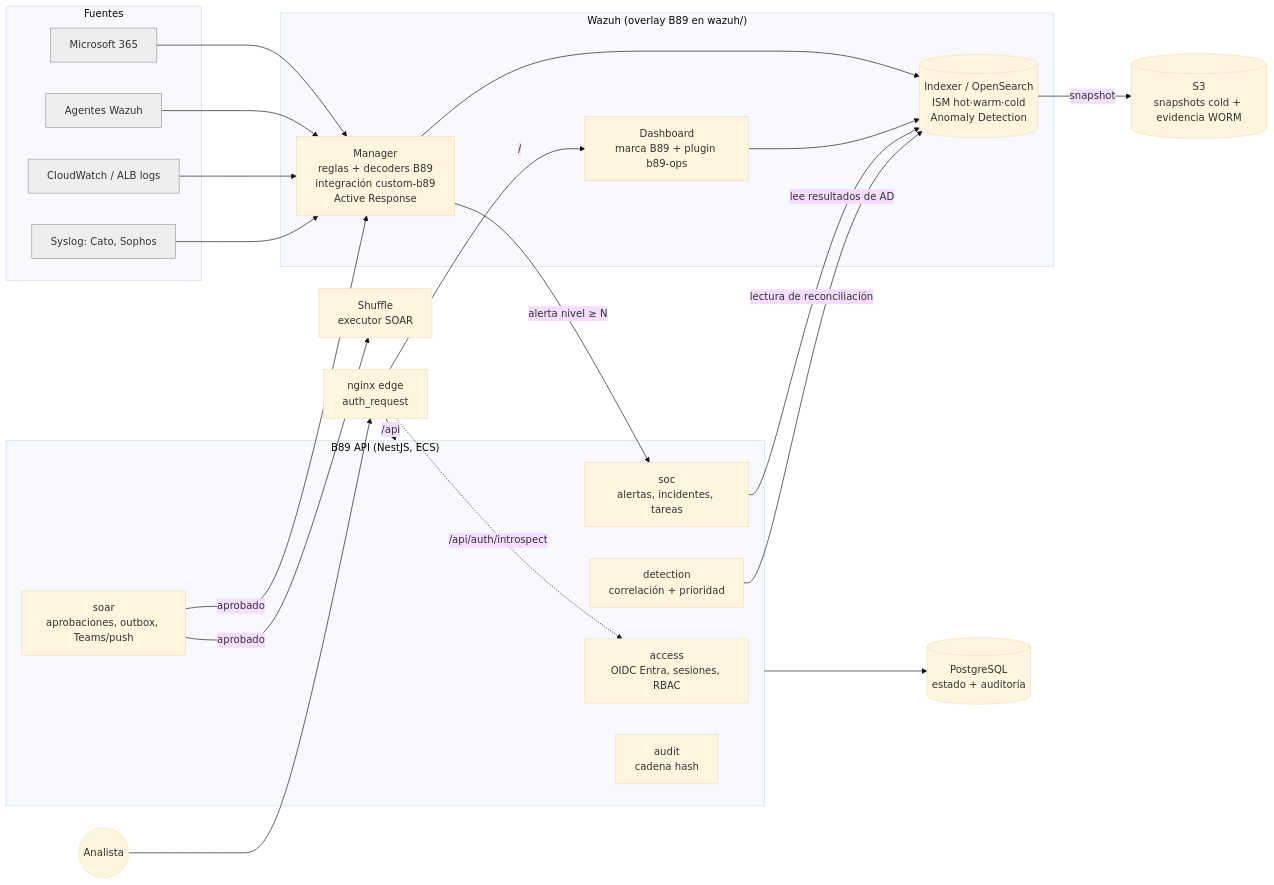
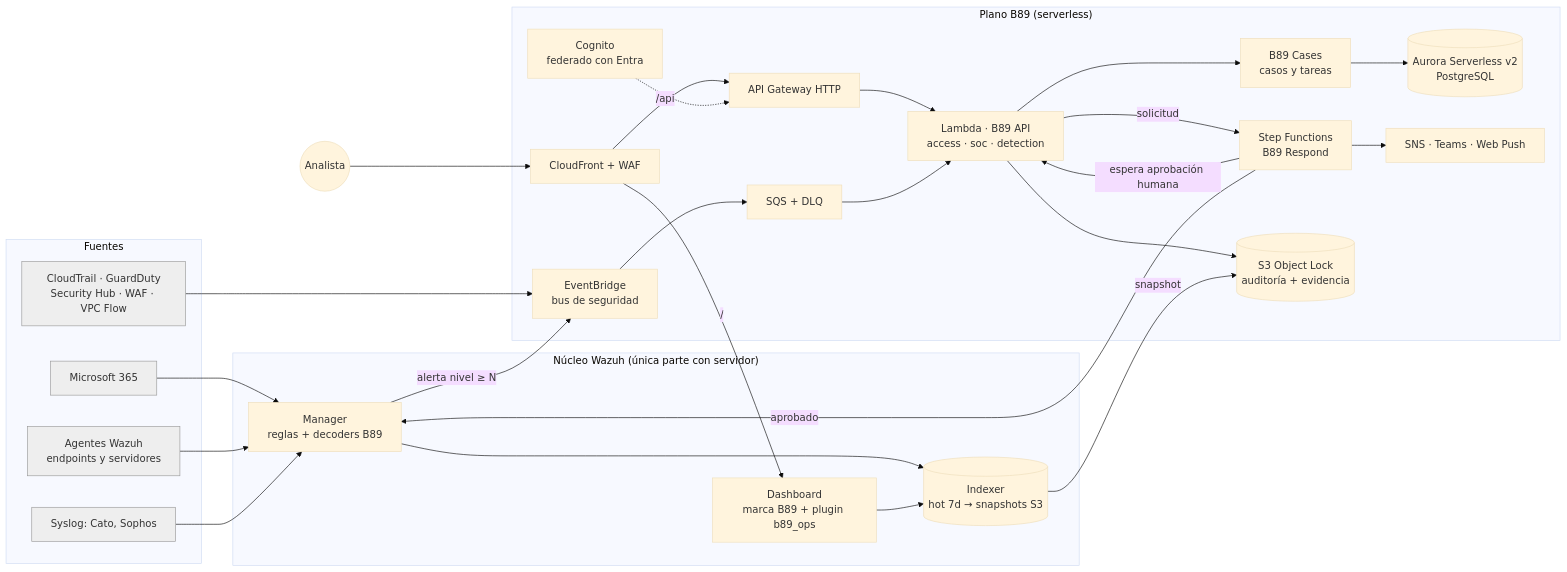
One commit to CyberStill-GmbH/b89-secops changed the diagram in docs/02-arquitectura.md. Above: the diagram before and after it, drawn with Mermaid (base theme). The commit also changed other lines of this file and 33 other files, not shown here.

````diff
--- a/docs/02-arquitectura.md
+++ b/docs/02-arquitectura.md
@@ -8,39 +29,44 @@
 ```mermaid
 flowchart LR
   subgraph Fuentes
     M365[Microsoft 365]:::src
-    AG[Agentes Wazuh]:::src
-    AWS[CloudWatch / ALB logs]:::src
+    AG[Agentes Wazuh<br/>endpoints y servidores]:::src
+    AWSL[CloudTrail · GuardDuty<br/>Security Hub · WAF · VPC Flow]:::src
     SYS[Syslog: Cato, Sophos]:::src
   end
-  subgraph Wazuh["Wazuh (overlay B89 en wazuh/)"]
-    MGR[Manager<br/>reglas + decoders B89<br/>integración custom-b89<br/>Active Response]
-    IDX[(Indexer / OpenSearch<br/>ISM hot·warm·cold<br/>Anomaly Detection)]
-    DSB[Dashboard<br/>marca B89 + plugin b89-ops]
+  subgraph Core["Núcleo Wazuh (única parte con servidor)"]
+    MGR[Manager<br/>reglas + decoders B89]
+    IDX[(Indexer<br/>hot 7d → snapshots S3)]
+    DSB[Dashboard<br/>marca B89 + plugin b89_ops]
   end
-  subgraph B89["B89 API (NestJS, ECS)"]
-    ACC[access<br/>OIDC Entra, sesiones, RBAC]
-    SOC[soc<br/>alertas, incidentes, tareas]
-    DET[detection<br/>correlación + prioridad]
-    SOAR[soar<br/>aprobaciones, outbox, Teams/push]
-    AUD[audit<br/>cadena hash]
+  subgraph Serverless["Plano B89 (serverless)"]
+    CF[CloudFront + WAF]
+    COG[Cognito<br/>federado con Entra]
+    APIGW[API Gateway HTTP]
+    API[Lambda · B89 API<br/>access · soc · detection]
+    EB[EventBridge<br/>bus de seguridad]
+    SQS[SQS + DLQ]
+    SFN[Step Functions<br/>B89 Respond]
+    CASES[B89 Cases<br/>casos y tareas]
+    AUR[(Aurora Serverless v2<br/>PostgreSQL)]
+    S3A[(S3 Object Lock<br/>auditoría + evidencia)]
+    NOTI[SNS · Teams · Web Push]
   end
-  PG[(PostgreSQL<br/>estado + auditoría)]
-  S3[(S3<br/>snapshots cold + evidencia WORM)]
-  SH[Shuffle<br/>executor SOAR]
-  EDGE[nginx edge<br/>auth_request]
-  U((Analista)) --> EDGE
-  EDGE -->|"/"| DSB
-  EDGE -->|"/api"| B89
-  EDGE -.->|"/api/auth/introspect"| ACC
-  M365 & AG & AWS & SYS --> MGR --> IDX
+  U((Analista)) --> CF
+  CF -->|"/"| DSB
+  CF -->|"/api"| APIGW --> API
+  COG -.-> APIGW
+  M365 & AG & SYS --> MGR --> IDX
   DSB --> IDX
-  MGR -->|alerta nivel ≥ N| SOC
-  SOC -->|lectura de reconciliación| IDX
-  DET -->|lee resultados de AD| IDX
-  B89 --> PG
-  IDX -->|snapshot| S3
-  SOAR -->|aprobado| MGR
-  SOAR -->|aprobado| SH
+  AWSL --> EB
+  MGR -->|alerta nivel ≥ N| EB
+  EB --> SQS --> API
+  API --> CASES --> AUR
+  API --> S3A
+  API -->|solicitud| SFN
+  SFN -->|espera aprobación humana| API
+  SFN -->|aprobado| MGR
+  SFN --> NOTI
+  IDX -->|snapshot| S3A
 classDef src fill:#eee,stroke:#999
 ```
````
